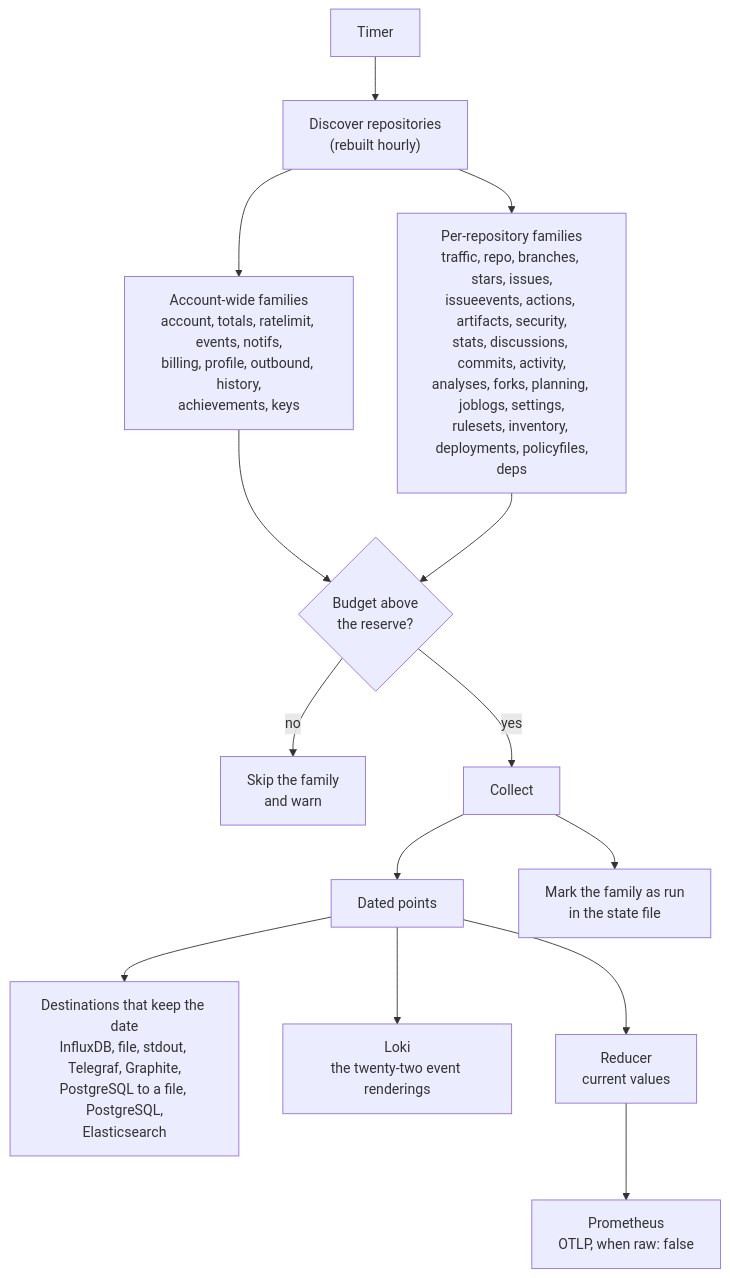
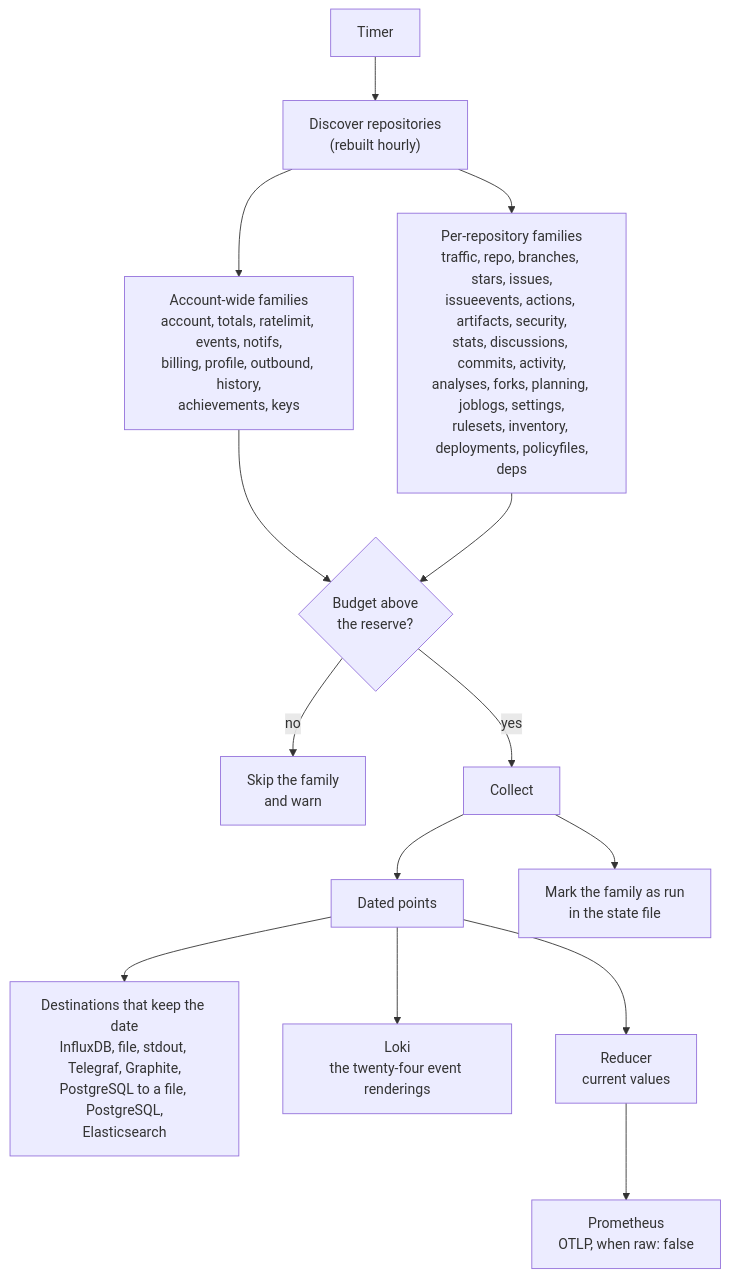
One commit to jmrplens/ghchronicle changed the diagram in site/src/content/docs/how/index.mdx. Above: the diagram before and after it, drawn with Mermaid. The commit also changed 36 other files, not shown here.

````diff
--- a/site/src/content/docs/how/index.mdx
+++ b/site/src/content/docs/how/index.mdx
@@ -22,17 +22,17 @@
 ```mermaid
 %% Generated by site/scripts/gen-figures.mjs from internal/config/config.go and internal/run/runner.go
 flowchart TD
     T["Timer"] --> D["Discover repositories<br/>(rebuilt hourly)"]
     D --> A["Account-wide families<br/>account, totals, ratelimit, events, notifs,<br/>billing, profile, outbound, history,<br/>achievements, keys"]
     D --> R["Per-repository families<br/>traffic, repo, branches, stars, issues,<br/>issueevents, actions, artifacts, security,<br/>stats, discussions, commits, activity,<br/>analyses, forks, planning, joblogs, settings,<br/>rulesets, inventory, deployments, policyfiles,<br/>deps"]
     A --> B{"Budget above<br/>the reserve?"}
     R --> B
     B -- "no" --> S["Skip the family<br/>and warn"]
     B -- "yes" --> C["Collect"]
     C --> P["Dated points"]
     P --> H["Destinations that keep the date<br/>InfluxDB, file, stdout, Telegraf, Graphite,<br/>PostgreSQL to a file, PostgreSQL,<br/>Elasticsearch"]
-    P --> L["Loki<br/>the twenty-two event renderings"]
+    P --> L["Loki<br/>the twenty-four event renderings"]
     P --> RD["Reducer<br/>current values"]
     RD --> G["Prometheus<br/>OTLP, when raw: false"]
     C --> M["Mark the family as run<br/>in the state file"]
 ```
````
